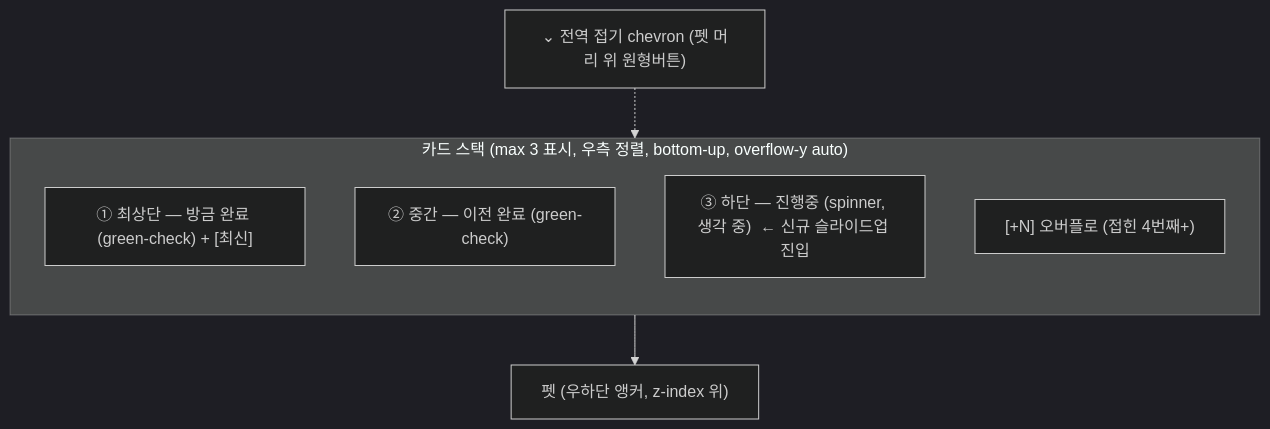
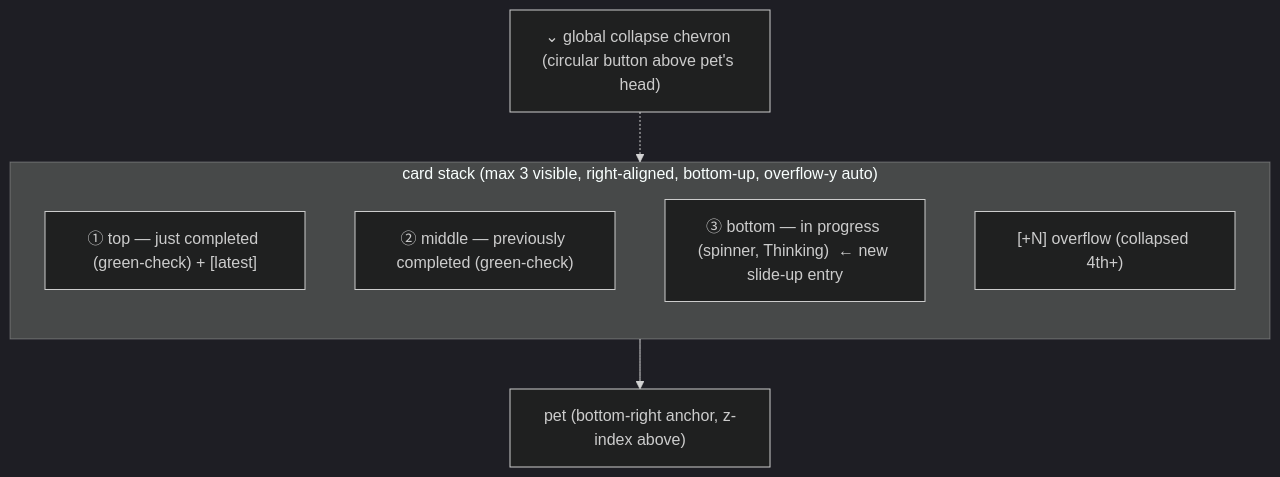
Before and after one commit to amsminn/Claude-Pet: the fifth of 8 diagrams in docs/04-pet-ui/pet-and-cards.md, drawn with Mermaid (dark theme). The commit also changed other lines of this file and 48 other files, not shown here.

````diff
--- a/docs/04-pet-ui/pet-and-cards.md
+++ b/docs/04-pet-ui/pet-and-cards.md
@@ -287,14 +287,14 @@
 ```mermaid
 flowchart TB
-    subgraph stack["카드 스택 (max 3 표시, 우측 정렬, bottom-up, overflow-y auto)"]
+    subgraph stack["card stack (max 3 visible, right-aligned, bottom-up, overflow-y auto)"]
         direction TB
-        top["① 최상단 — 방금 완료 (green-check) + [최신]"]
-        mid["② 중간 — 이전 완료 (green-check)"]
-        bot["③ 하단 — 진행중 (spinner, 생각 중)  ← 신규 슬라이드업 진입"]
-        overflow["[+N] 오버플로 (접힌 4번째+)"]
+        top["① top — just completed (green-check) + [latest]"]
+        mid["② middle — previously completed (green-check)"]
+        bot["③ bottom — in progress (spinner, Thinking)  ← new slide-up entry"]
+        overflow["[+N] overflow (collapsed 4th+)"]
     end
-    pet["펫 (우하단 앵커, z-index 위)"]
-    chevron["⌄ 전역 접기 chevron (펫 머리 위 원형버튼)"]
+    pet["pet (bottom-right anchor, z-index above)"]
+    chevron["⌄ global collapse chevron (circular button above pet's head)"]
     bot --> pet
     chevron -.-> stack
 ```
````
